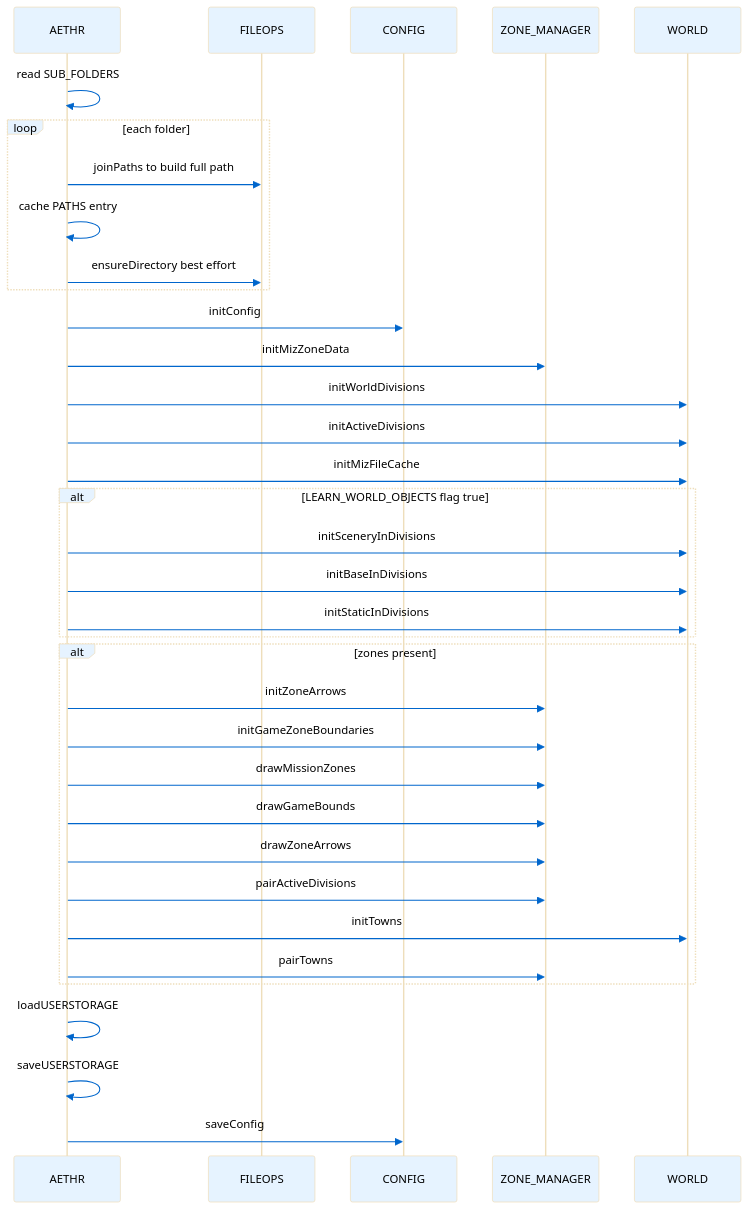
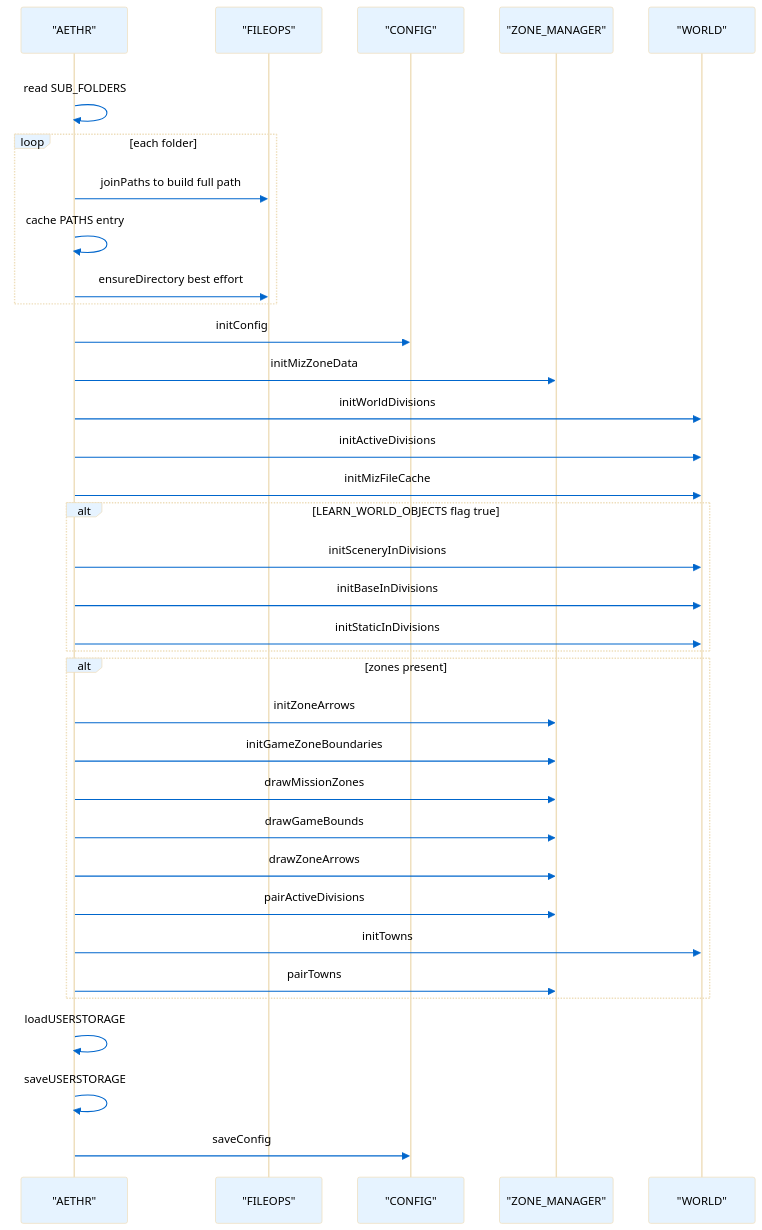
Before and after one commit to Gh0st352/AETHR: the second of 2 diagrams in docs/aethr/init.md, drawn with Mermaid. The commit also changed other lines of this file and 6 other files, not shown here.

First line of the commit message:
Refactor documentation with enhanced flowcharts and sequence diagrams

````diff
--- a/docs/aethr/init.md
+++ b/docs/aethr/init.md
@@ -88,40 +92,45 @@
 ```mermaid
-%%{init: {"theme":"base","themeVariables":{"actorBkg":"#e6f3ff","actorTextColor":"#000","lineColor":"#495057","signalColor":"#0066cc","signalTextColor":"#000","fontSize":"14px"}}}%%
+%%{init: {"theme":"base","themeVariables":{"actorBkg":"#e6f3ff","actorTextColor":"#000000ff","lineColor":"#495057","signalColor":"#0066cc","signalTextColor":"#000000ff","textColor":"#000000ff","fontSize":"14px"}}}%%
 sequenceDiagram
-  participant A as AETHR
-  participant F as FILEOPS
-  participant C as CONFIG
-  participant Z as ZONE_MANAGER
-  participant W as WORLD
+  participant A as "AETHR"
+  participant F as "FILEOPS"
+  participant C as "CONFIG"
+  participant Z as "ZONE_MANAGER"
+  participant W as "WORLD"
 
+  rect rgba(255,255,255,0.75)
+    A->>A: read SUB_FOLDERS
+    loop each folder
+      A->>F: joinPaths to build full path
+      A->>A: cache PATHS entry
+      A->>F: ensureDirectory best effort
+    end
 
-  A->>A: read SUB_FOLDERS
-  loop each folder
-    A->>F: joinPaths to build full path
-    A->>A: cache PATHS entry
-    A->>F: ensureDirectory best effort
+    A->>C: initConfig
+    A->>Z: initMizZoneData
+    A->>W: initWorldDivisions
+    A->>W: initActiveDivisions
+    A->>W: initMizFileCache
+
+    alt LEARN_WORLD_OBJECTS flag true
+      A->>W: initSceneryInDivisions
+      A->>W: initBaseInDivisions
+      A->>W: initStaticInDivisions
+    end
+
+    alt zones present
+      A->>Z: initZoneArrows
+      A->>Z: initGameZoneBoundaries
+      A->>Z: drawMissionZones
+      A->>Z: drawGameBounds
+      A->>Z: drawZoneArrows
+      A->>Z: pairActiveDivisions
+      A->>W: initTowns
+      A->>Z: pairTowns
+    end
+
+    A->>A: loadUSERSTORAGE
+    A->>A: saveUSERSTORAGE
+    A->>C: saveConfig
   end
-  A->>C: initConfig
-  A->>Z: initMizZoneData
-  A->>W: initWorldDivisions
-  A->>W: initActiveDivisions
-  A->>W: initMizFileCache
-  alt LEARN_WORLD_OBJECTS flag true
-    A->>W: initSceneryInDivisions
-    A->>W: initBaseInDivisions
-    A->>W: initStaticInDivisions
-  end
-  alt zones present
-    A->>Z: initZoneArrows
-    A->>Z: initGameZoneBoundaries
-    A->>Z: drawMissionZones
-    A->>Z: drawGameBounds
-    A->>Z: drawZoneArrows
-    A->>Z: pairActiveDivisions
-    A->>W: initTowns
-    A->>Z: pairTowns
-  end
-  A->>A: loadUSERSTORAGE
-  A->>A: saveUSERSTORAGE
-  A->>C: saveConfig
 ```
````
